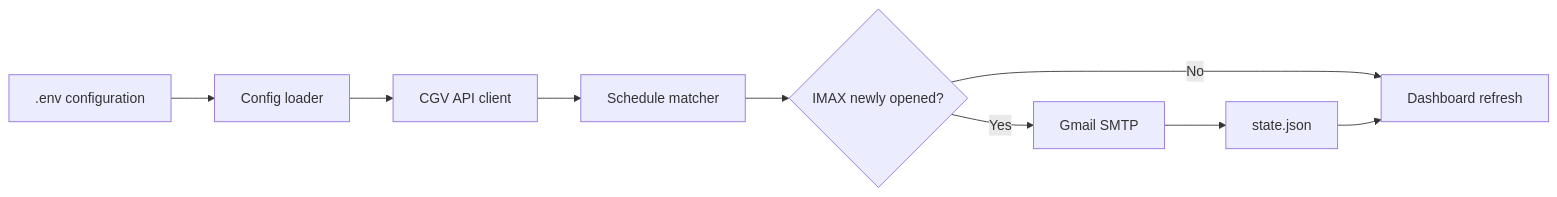
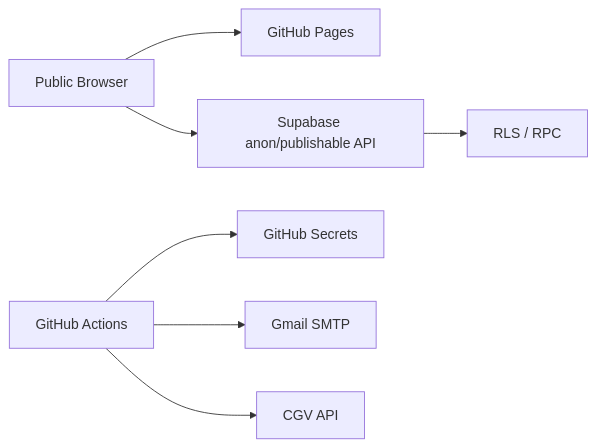
One commit to LIM-AIT/cgv-api-watcher changed the third of 3 diagrams in docs/architecture.md. Above: the diagram before and after it, drawn with Mermaid. The commit also changed other lines of this file, not shown here.

Commit message:
Update architecture documentation

````diff
--- a/docs/architecture.md
+++ b/docs/architecture.md
@@ -3,11 +279,9 @@
 ```mermaid
 flowchart LR
-    A[.env configuration] --> B[Config loader]
-    B --> C[CGV API client]
-    C --> D[Schedule matcher]
-    D --> E{IMAX newly opened?}
-    E -- No --> F[Dashboard refresh]
-    E -- Yes --> G[Gmail SMTP]
-    G --> H[state.json]
-    H --> F
+    A[Public Browser] --> B[GitHub Pages]
+    A --> C[Supabase anon/publishable API]
+    C --> D[RLS / RPC]
+    E[GitHub Actions] --> F[GitHub Secrets]
+    E --> G[Gmail SMTP]
+    E --> H[CGV API]
 ```
````
